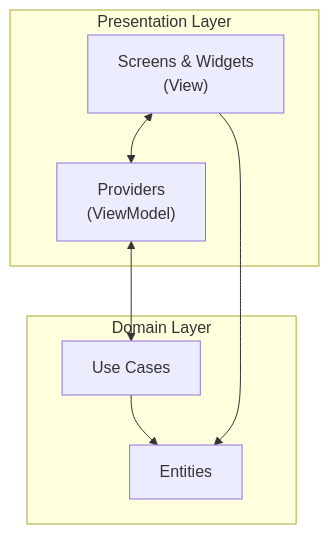
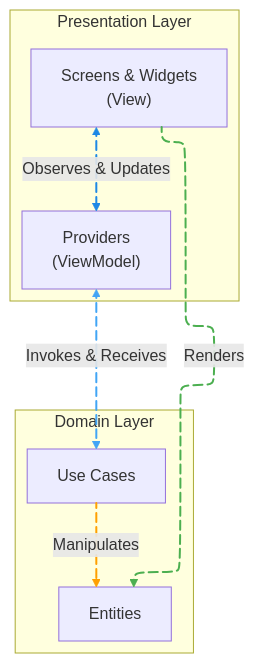
The first of 2 diagrams in lib/presentation/README.md (GeniusSystems24/genius_store), drawn with Mermaid before and after one commit. The commit also changed other lines of this file and 60 other files, not shown here.

Commit message:
- add animations to diagrams.

````diff
--- a/lib/presentation/README.md
+++ b/lib/presentation/README.md
@@ -36,17 +36,32 @@
 ```mermaid
+---
+config:
+  look: classic
+  layout: elk
+---
 flowchart TB
     subgraph Presentation Layer
         View["Screens & Widgets\n(View)"]
         ViewModel["Providers\n(ViewModel)"]
     end
     
     subgraph Domain Layer
         UseCase["Use Cases"]
         Entities["Entities"]
     end
     
-    View <--> ViewModel
-    ViewModel <--> UseCase
-    UseCase --> Entities
-    View --> Entities
+    View L_View_ViewModel_0@<--> |Observes & Updates| ViewModel
+    ViewModel L_ViewModel_UseCase_0@<--> |Invokes & Receives| UseCase
+    UseCase L_UseCase_Entities_0@--> |Manipulates| Entities
+    View L_View_Entities_0@--> |Renders| Entities
+    
+    linkStyle 0 stroke:#1E88E5,fill:none,stroke-width:2px
+    linkStyle 1 stroke:#42A5F5,fill:none,stroke-width:2px
+    linkStyle 2 stroke:#FFA000,fill:none,stroke-width:2px
+    linkStyle 3 stroke:#4CAF50,fill:none,stroke-width:2px
+    
+    L_View_ViewModel_0@{ animation: fast }
+    L_ViewModel_UseCase_0@{ animation: fast } 
+    L_UseCase_Entities_0@{ animation: fast } 
+    L_View_Entities_0@{ animation: fast }
 ```
````
